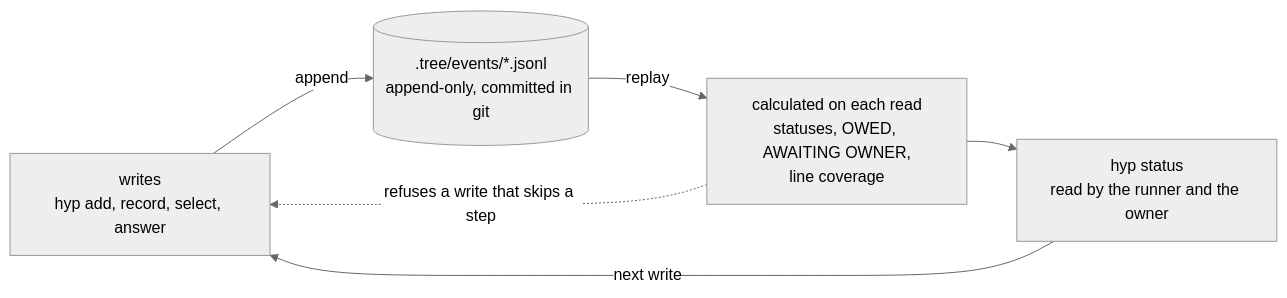
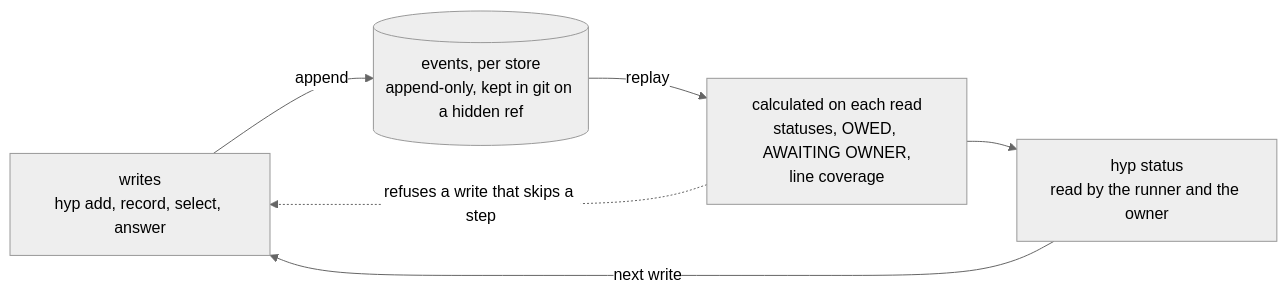
One commit to dat9uy/hyp changed the second of 2 diagrams in README.md. Above: the diagram before and after it, drawn with Mermaid (neutral theme). The commit also changed other lines of this file and 46 other files, not shown here.

First line of the commit message:
feat: keep every store's record on a hidden ref owned by package record

````diff
--- a/README.md
+++ b/README.md
@@ -57,13 +57,13 @@
 ```mermaid
 flowchart LR
   W["writes<br/>hyp add, record, select, answer"]
-  L[(".tree/events/*.jsonl<br/>append-only, committed in git")]
+  L[("events, per store<br/>append-only, kept in git on a hidden ref")]
   D["calculated on each read<br/>statuses, OWED, AWAITING OWNER,<br/>line coverage"]
   P["hyp status<br/>read by the runner and the owner"]
 
   W -- append --> L
   L -- replay --> D
   D --> P
   P -- next write --> W
   D -. refuses a write that skips a step .-> W
 ```
````
